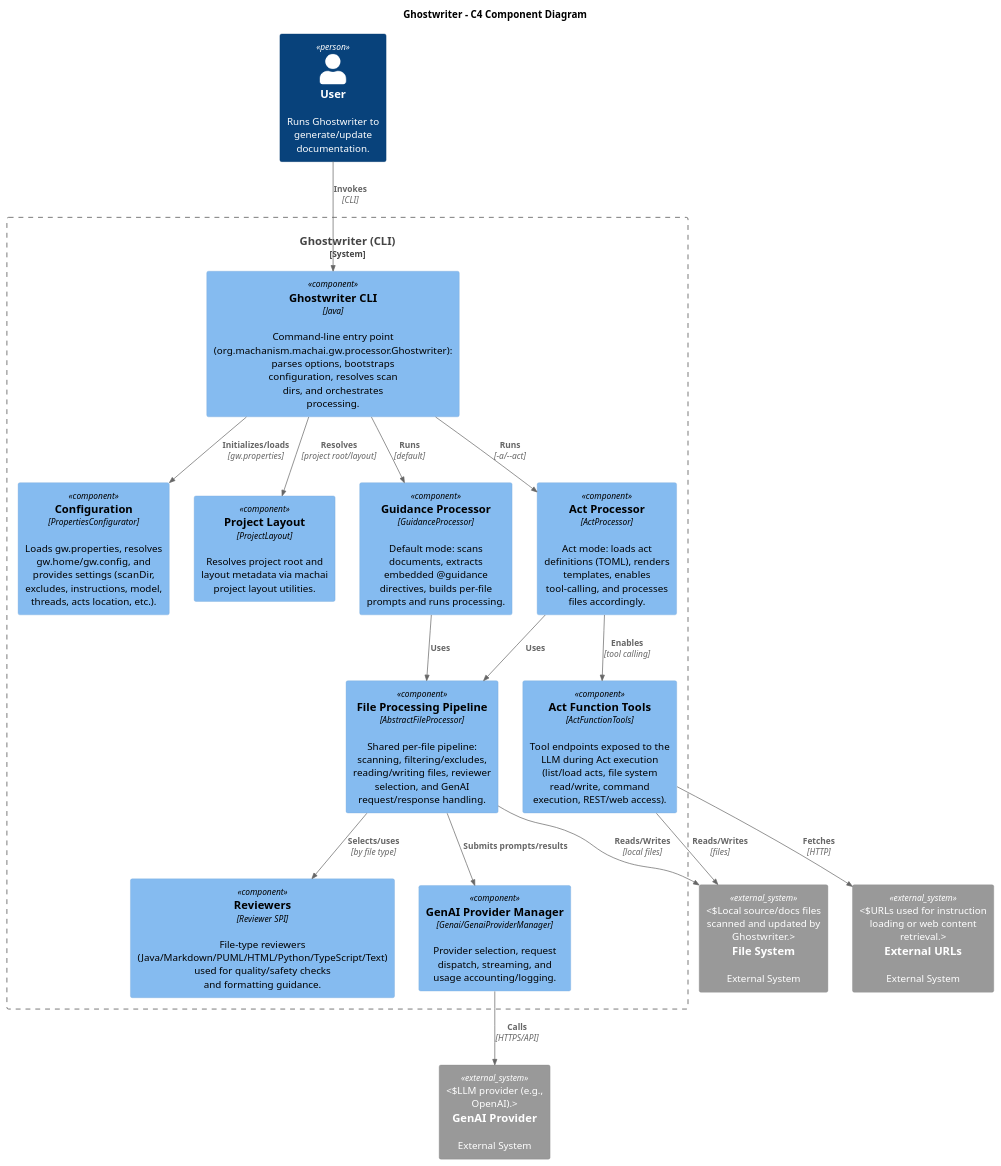
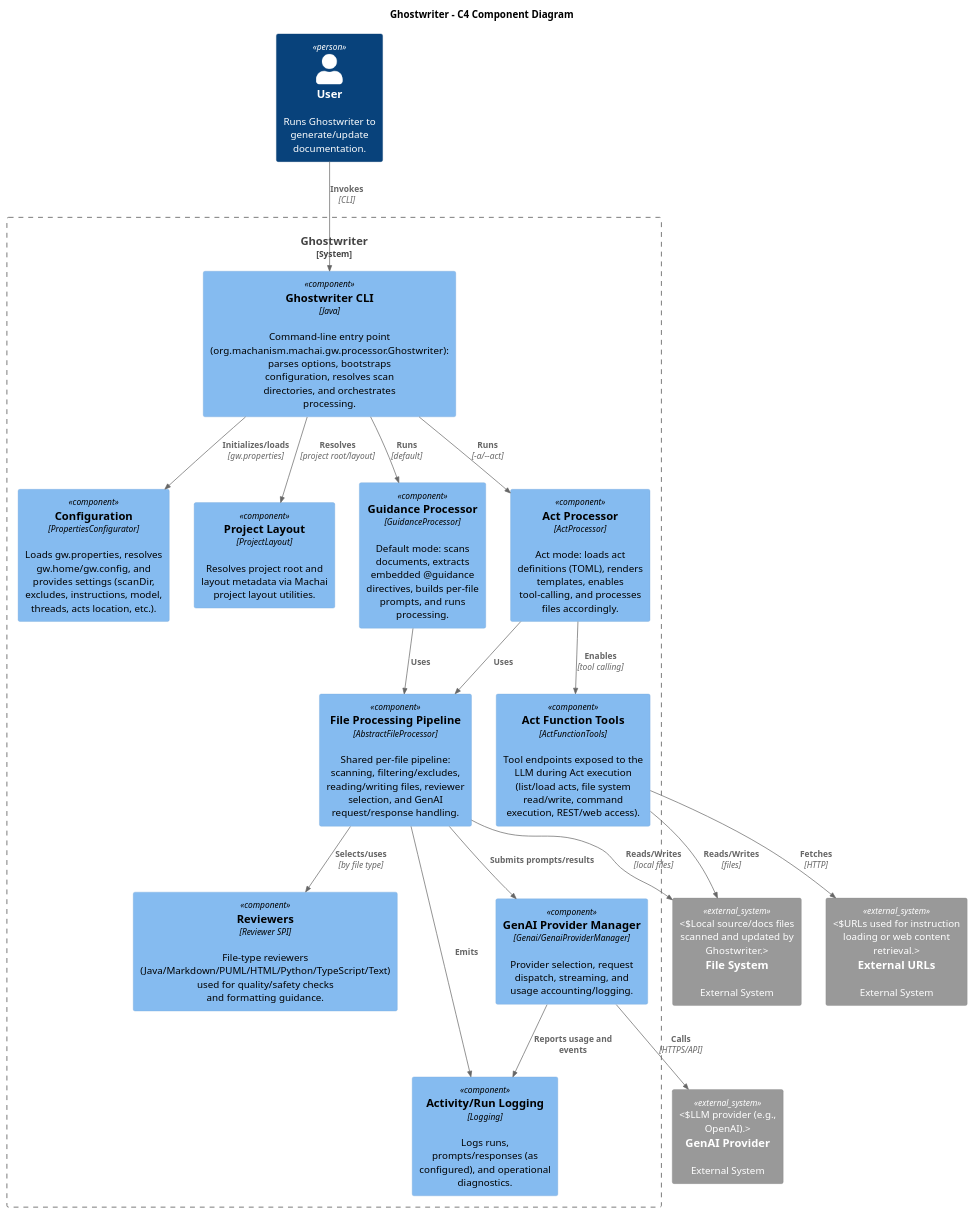
Before and after one commit to machanism-org/machai: the diagram in ghostwriter/src/site/puml/c4-diagram.puml, drawn with PlantUML. The commit also changed 62 other files, not shown here.

Commit message:
removed machai-cli module.

```diff
--- a/ghostwriter/src/site/puml/c4-diagram.puml
+++ b/ghostwriter/src/site/puml/c4-diagram.puml
@@ -11,53 +11,56 @@
 @startuml
 !include https://raw.githubusercontent.com/plantuml-stdlib/C4-PlantUML/master/C4_Component.puml
 
 ' Layout
 LAYOUT_TOP_DOWN()
 
 title Ghostwriter - C4 Component Diagram
 
 Person(user, "User", "Runs Ghostwriter to generate/update documentation.")
 
-System_Boundary(gw, "Ghostwriter (CLI)") {
-  Component(cli, "Ghostwriter CLI", "Java", "Command-line entry point (org.machanism.machai.gw.processor.Ghostwriter): parses options, bootstraps configuration, resolves scan dirs, and orchestrates processing.")
+System_Boundary(gw, "Ghostwriter") {
+  Component(cli, "Ghostwriter CLI", "Java", "Command-line entry point (org.machanism.machai.gw.processor.Ghostwriter): parses options, bootstraps configuration, resolves scan directories, and orchestrates processing.")
 
   Component(config, "Configuration", "PropertiesConfigurator", "Loads gw.properties, resolves gw.home/gw.config, and provides settings (scanDir, excludes, instructions, model, threads, acts location, etc.).")
-  Component(projectLayout, "Project Layout", "ProjectLayout", "Resolves project root and layout metadata via machai project layout utilities.")
+  Component(projectLayout, "Project Layout", "ProjectLayout", "Resolves project root and layout metadata via Machai project layout utilities.")
 
-  Component(procGuidance, "Guidance Processor", "GuidanceProcessor", "Default mode: scans documents, extracts embedded @guidance directives, builds per-file prompts and runs processing.")
+  Component(procGuidance, "Guidance Processor", "GuidanceProcessor", "Default mode: scans documents, extracts embedded @guidance directives, builds per-file prompts, and runs processing.")
   Component(procAct, "Act Processor", "ActProcessor", "Act mode: loads act definitions (TOML), renders templates, enables tool-calling, and processes files accordingly.")
 
   Component(filePipeline, "File Processing Pipeline", "AbstractFileProcessor", "Shared per-file pipeline: scanning, filtering/excludes, reading/writing files, reviewer selection, and GenAI request/response handling.")
   Component(reviewers, "Reviewers", "Reviewer SPI", "File-type reviewers (Java/Markdown/PUML/HTML/Python/TypeScript/Text) used for quality/safety checks and formatting guidance.")
 
   Component(tools, "Act Function Tools", "ActFunctionTools", "Tool endpoints exposed to the LLM during Act execution (list/load acts, file system read/write, command execution, REST/web access).")
 
   Component(genaiMgr, "GenAI Provider Manager", "Genai/GenaiProviderManager", "Provider selection, request dispatch, streaming, and usage accounting/logging.")
+  Component(log, "Activity/Run Logging", "Logging", "Logs runs, prompts/responses (as configured), and operational diagnostics.")
 }
 
 System_Ext(genaiProvider, "GenAI Provider", "External System", "LLM provider (e.g., OpenAI).")
 System_Ext(fs, "File System", "External System", "Local source/docs files scanned and updated by Ghostwriter.")
 System_Ext(net, "External URLs", "External System", "URLs used for instruction loading or web content retrieval.")
 
 Rel(user, cli, "Invokes", "CLI")
 
 Rel(cli, config, "Initializes/loads", "gw.properties")
 Rel(cli, projectLayout, "Resolves", "project root/layout")
 
 Rel(cli, procGuidance, "Runs", "default")
 Rel(cli, procAct, "Runs", "-a/--act")
 
 Rel(procGuidance, filePipeline, "Uses")
 Rel(procAct, filePipeline, "Uses")
 
 Rel(filePipeline, reviewers, "Selects/uses", "by file type")
 Rel(filePipeline, genaiMgr, "Submits prompts/results")
 Rel(filePipeline, fs, "Reads/Writes", "local files")
+Rel(filePipeline, log, "Emits")
 
 Rel(procAct, tools, "Enables", "tool calling")
 Rel(tools, fs, "Reads/Writes", "files")
 Rel(tools, net, "Fetches", "HTTP")
 
 Rel(genaiMgr, genaiProvider, "Calls", "HTTPS/API")
+Rel(genaiMgr, log, "Reports usage and events")
 
 @enduml
```
